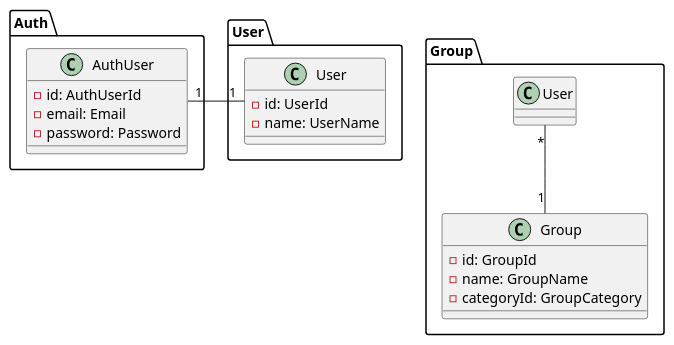
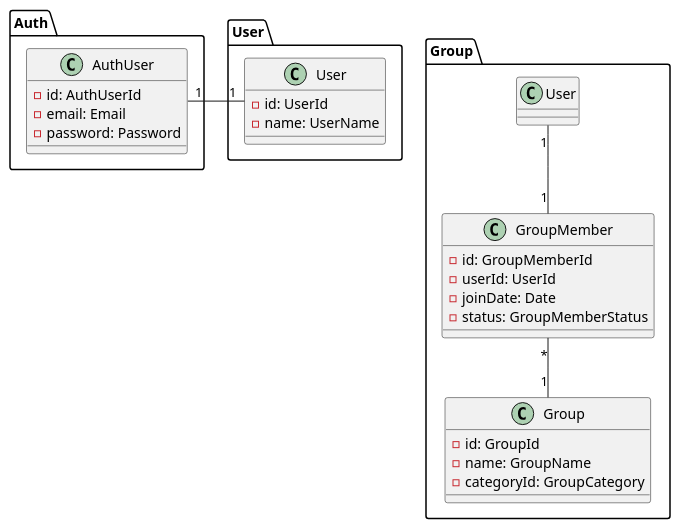
The diagram in docs/model.pu (sugiwa/matching-group), drawn with PlantUML before and after one commit.

Commit message:
fix Group domain model

```diff
--- a/docs/model.pu
+++ b/docs/model.pu
@@ -1,31 +1,39 @@
 @startuml
 
 package Auth {
     class AuthUser {
         - id: AuthUserId
         - email: Email
         - password: Password
     }
 }
 
 package User {
     class User {
         - id: UserId
         - name: UserName
     }
 
 
     AuthUser "1" - "1" User
 }
 
 package Group {
     class Group {
         - id: GroupId
         - name: GroupName
         - categoryId: GroupCategory
     }
 
-    User "*" -- "1" Group
+    class GroupMember {
+        - id: GroupMemberId
+        - userId: UserId
+        - joinDate: Date
+        - status: GroupMemberStatus
+    }
+
+    User "1" -- "1" GroupMember
+    GroupMember "*" -- "1" Group
 }
 
 @enduml
```
